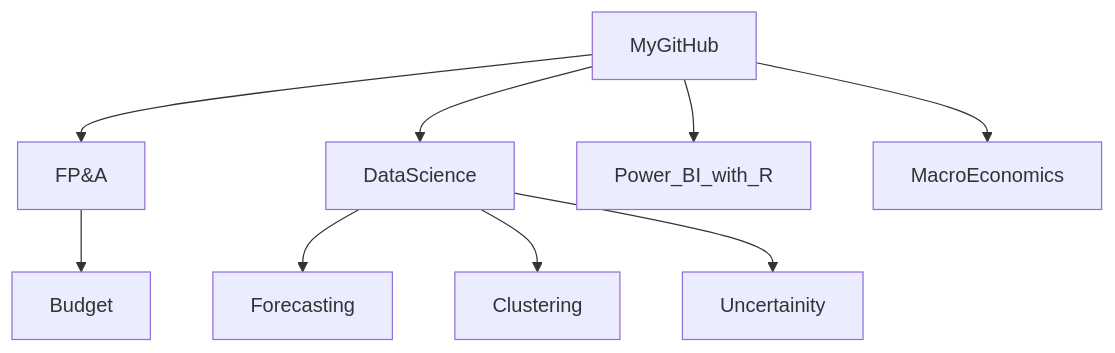
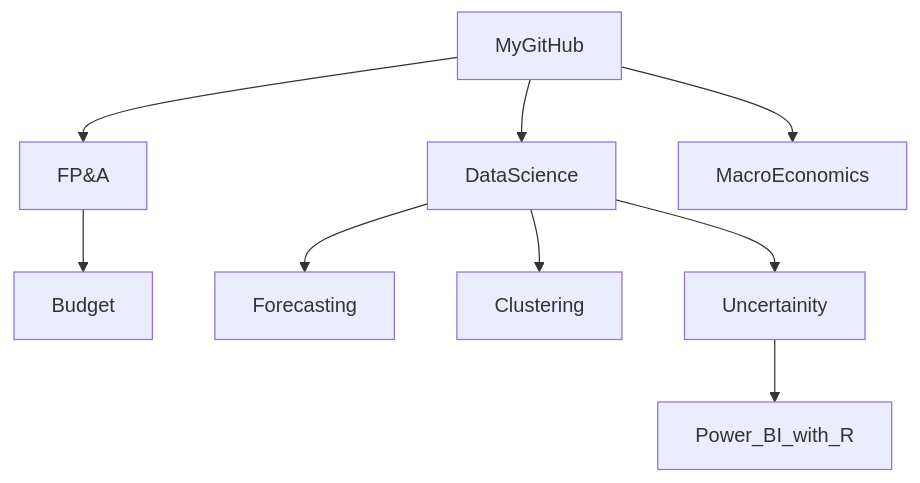
The diagram in README.md (md3629/md3629), drawn with Mermaid before and after one commit.

````diff
--- a/README.md
+++ b/README.md
@@ -9,11 +9,11 @@
 ```mermaid
 graph TD;
     MyGitHub-->FP&A;
     FP&A-->Budget;
     MyGitHub-->DataScience;
-    MyGitHub-->Power_BI_with_R;
     MyGitHub-->MacroEconomics;
     DataScience-->Forecasting;
     DataScience-->Clustering;
     DataScience-->Uncertainity;
+    Uncertainity-->Power_BI_with_R;
 ```
````
